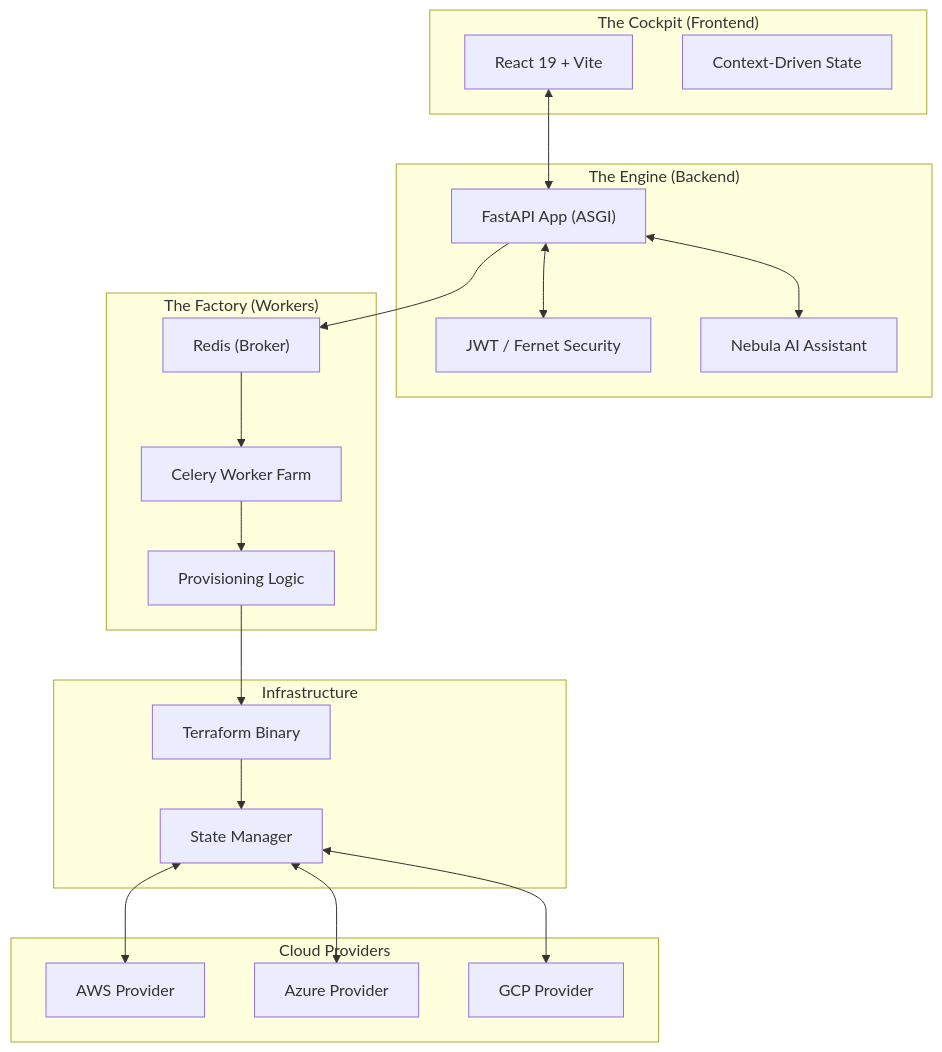
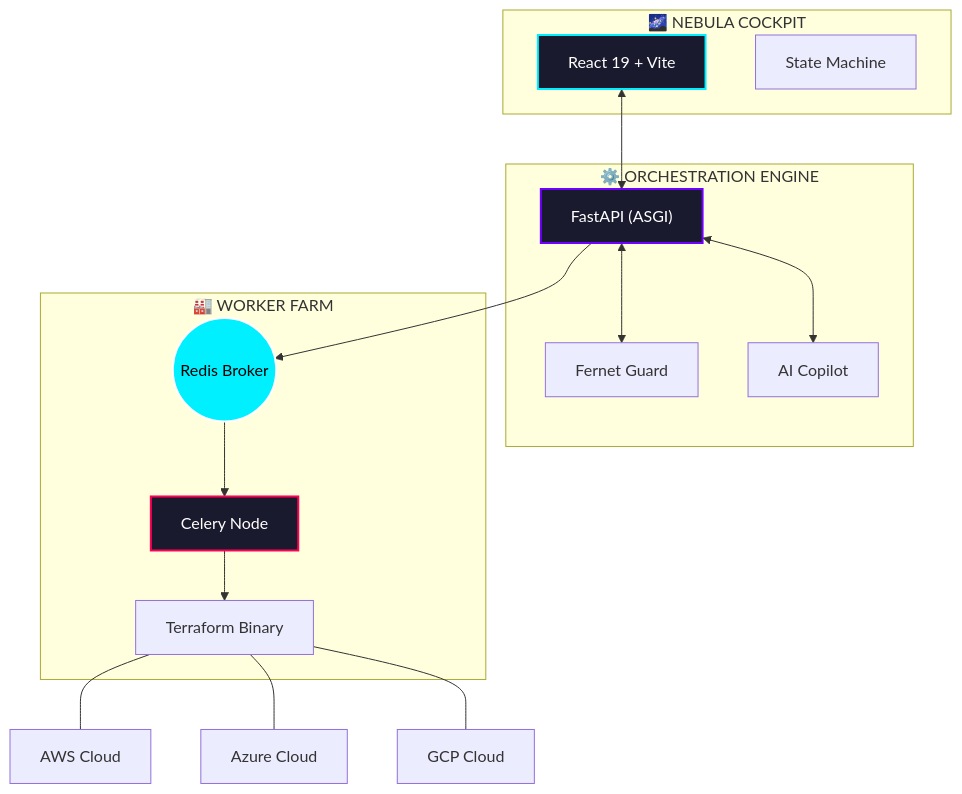
Before and after one commit to PriyanshuKSharma/multi-cloud: the diagram in README.md, drawn with Mermaid. The commit also changed other lines of this file, not shown here.

Commit message:
feat: add animated SVG nebula banner and generation script to documentation

````diff
--- a/README.md
+++ b/README.md
@@ -54,40 +50,35 @@
 ```mermaid
-flowchart TD
-    subgraph "The Cockpit (Frontend)"
+graph TD
+    subgraph "🌌 NEBULA COCKPIT"
         UI["React 19 + Vite"]
-        Store["Context-Driven State"]
+        Store["State Machine"]
     end
 
-    subgraph "The Engine (Backend)"
-        API["FastAPI App (ASGI)"]
-        Guard["JWT / Fernet Security"]
-        Copilot["Nebula AI Assistant"]
+    subgraph "⚙️ ORCHESTRATION ENGINE"
+        API["FastAPI (ASGI)"]
+        Guard["Fernet Guard"]
+        AI["AI Copilot"]
     end
 
-    subgraph "The Factory (Workers)"
-        Redis["Redis (Broker)"]
-        Queue["Celery Worker Farm"]
-        Logic["Provisioning Logic"]
-    end
-
-    subgraph "Cloud Providers"
-        AWS["AWS Provider"]
-        AZ["Azure Provider"]
-        GCP["GCP Provider"]
-    end
-
-    subgraph "Infrastructure"
+    subgraph "🏭 WORKER FARM"
+        Redis(("Redis Broker"))
+        Worker["Celery Node"]
         TF["Terraform Binary"]
-        State["State Manager"]
     end
 
     UI <--> API
     API <--> Guard
-    API <--> Copilot
+    API <--> AI
     API --> Redis
-    Redis --> Queue
-    Queue --> Logic
-    Logic --> TF
-    TF --> State
-    State <--> AWS & AZ & GCP
+    Redis --> Worker
+    Worker --> TF
+
+    TF --- AWS["AWS Cloud"]
+    TF --- AZ["Azure Cloud"]
+    TF --- GCP["GCP Cloud"]
+
+    style UI fill:#1a1a2e,stroke:#00f0ff,stroke-width:2px,color:#fff
+    style API fill:#1a1a2e,stroke:#7000ff,stroke-width:2px,color:#fff
+    style Worker fill:#1a1a2e,stroke:#ff0055,stroke-width:2px,color:#fff
+    style Redis fill:#00f0ff,stroke:#fff,stroke-width:2px,color:#000
 ```
````
